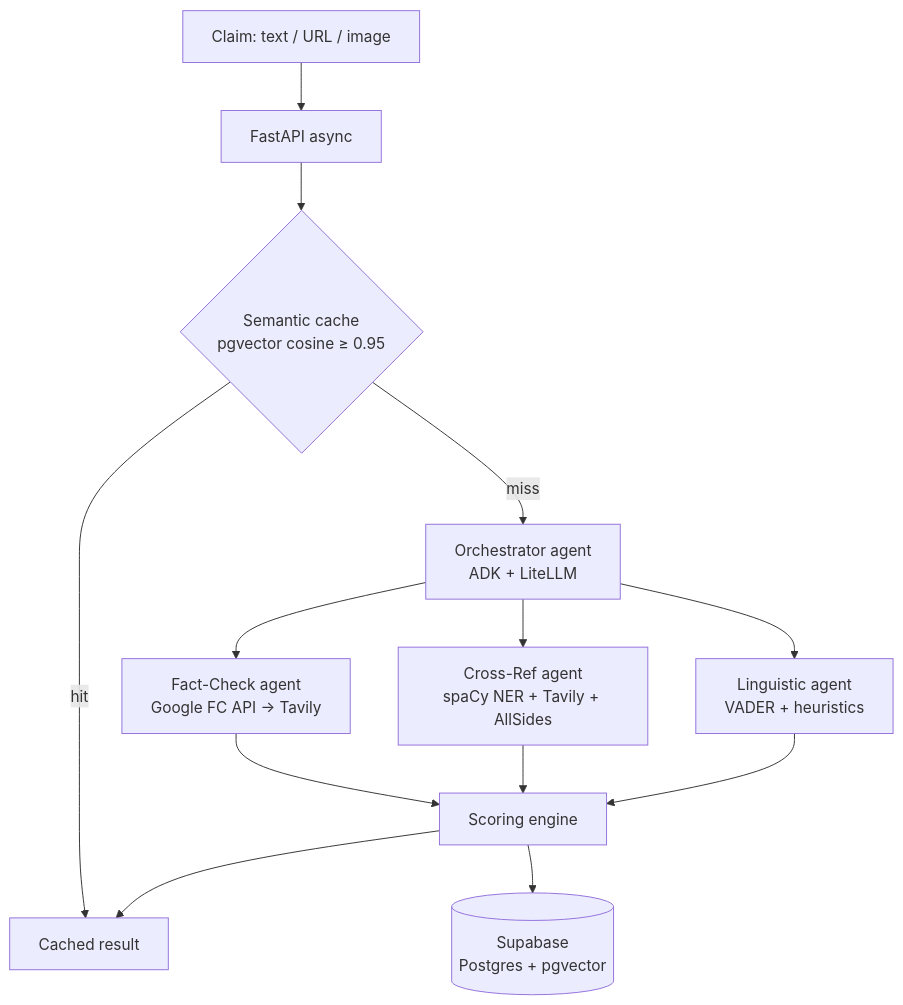
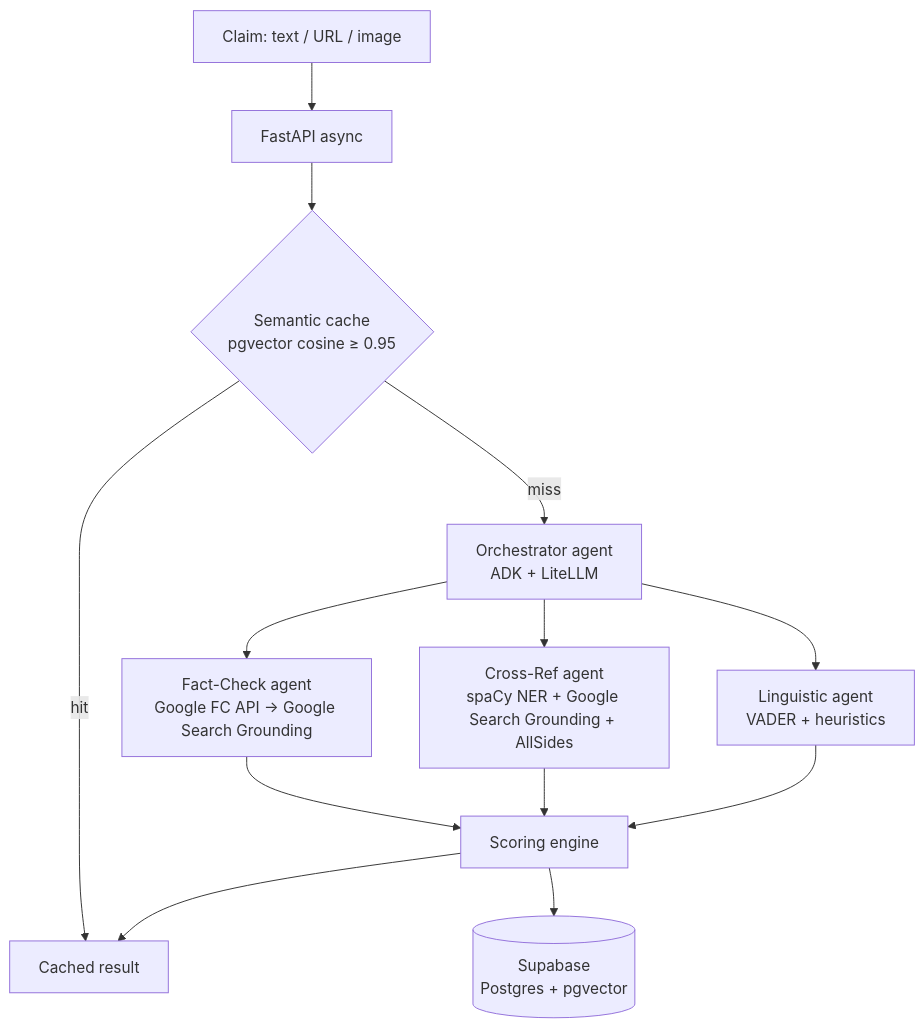
Before and after one commit to Jishnudeep/Vertifact-AI: the diagram in README.md, drawn with Mermaid. The commit also changed other lines of this file and 5 other files, not shown here.

Commit message:
docs: Google Search grounding replaces Tavily (Plan 6)

````diff
--- a/README.md
+++ b/README.md
@@ -30,15 +30,15 @@
 ```mermaid
 flowchart TD
     A[Claim: text / URL / image] --> B[FastAPI async]
     B --> C{Semantic cache<br/>pgvector cosine ≥ 0.95}
     C -- hit --> R[Cached result]
     C -- miss --> O[Orchestrator agent<br/>ADK + LiteLLM]
-    O --> F[Fact-Check agent<br/>Google FC API → Tavily]
-    O --> X[Cross-Ref agent<br/>spaCy NER + Tavily + AllSides]
+    O --> F[Fact-Check agent<br/>Google FC API → Google Search Grounding]
+    O --> X[Cross-Ref agent<br/>spaCy NER + Google Search Grounding + AllSides]
     O --> L[Linguistic agent<br/>VADER + heuristics]
     F --> S[Scoring engine]
     X --> S
     L --> S
     S --> D[(Supabase<br/>Postgres + pgvector)]
     S --> R
 ```
````
